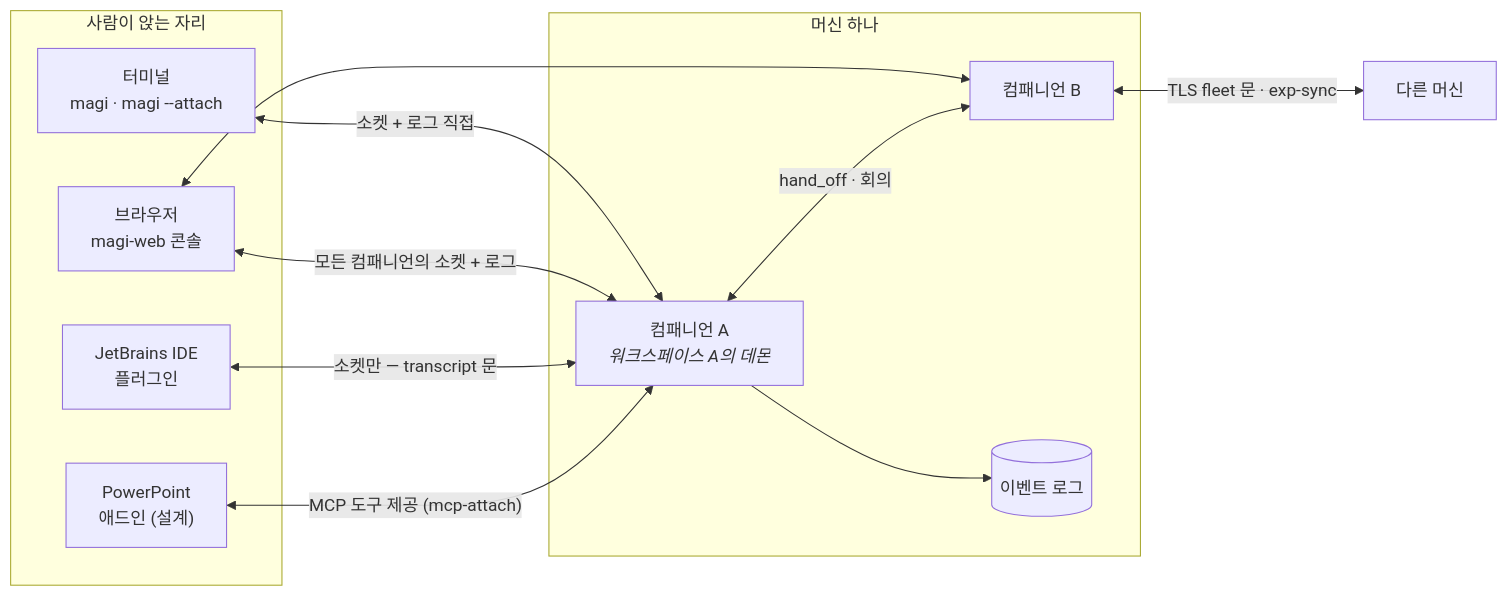
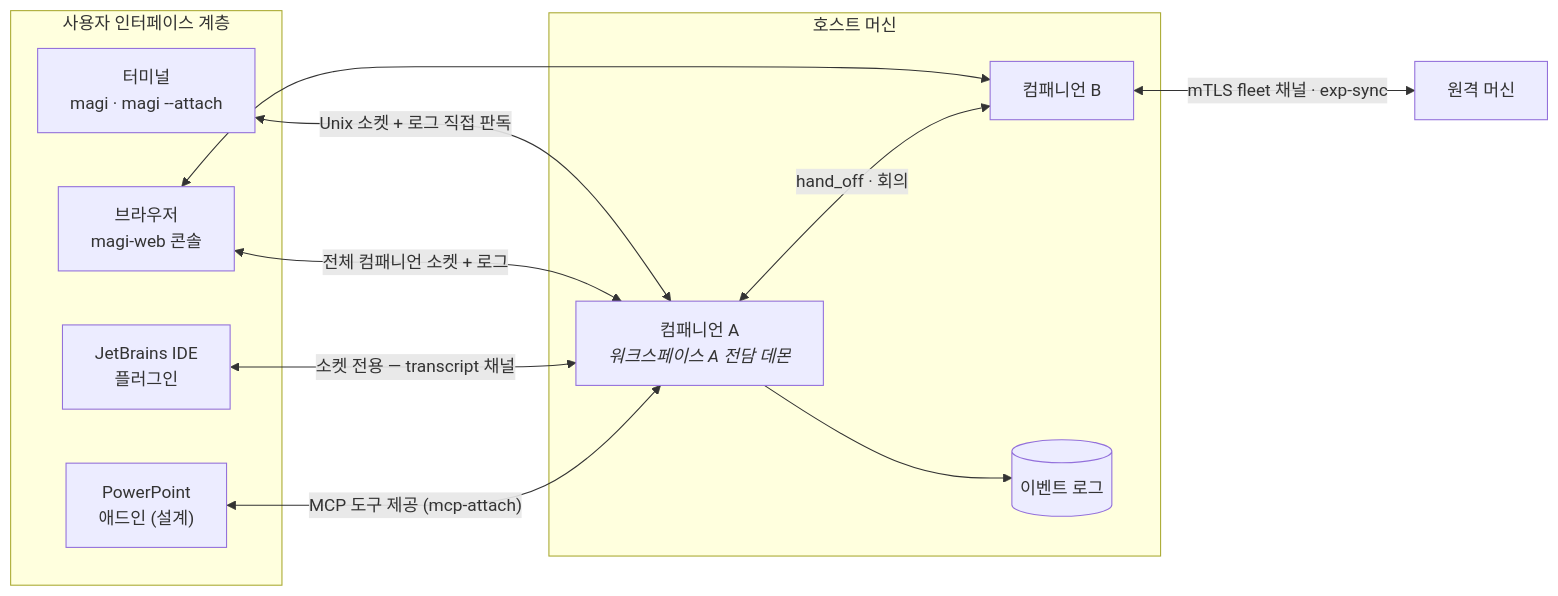
Before and after one commit to sayaya1090/magi: the diagram in docs/CLIENTS.ko.md, drawn with Mermaid. The commit also changed other lines of this file, not shown here.

````diff
--- a/docs/CLIENTS.ko.md
+++ b/docs/CLIENTS.ko.md
@@ -15,22 +11,22 @@
 ```mermaid
 flowchart LR
-    subgraph seats ["사람이 앉는 자리"]
+    subgraph seats ["사용자 인터페이스 계층"]
         T["터미널<br/>magi · magi --attach"]
         W["브라우저<br/>magi-web 콘솔"]
         J["JetBrains IDE<br/>플러그인"]
         P["PowerPoint<br/>애드인 (설계)"]
     end
-    subgraph machine ["머신 하나"]
-        C1["컴패니언 A<br/><i>워크스페이스 A의 데몬</i>"]
+    subgraph machine ["호스트 머신"]
+        C1["컴패니언 A<br/><i>워크스페이스 A 전담 데몬</i>"]
         C2["컴패니언 B"]
         LOG[("이벤트 로그")]
         C1 --> LOG
     end
-    T <-->|"소켓 + 로그 직접"| C1
-    W <-->|"모든 컴패니언의 소켓 + 로그"| C1
+    T <-->|"Unix 소켓 + 로그 직접 판독"| C1
+    W <-->|"전체 컴패니언 소켓 + 로그"| C1
     W <--> C2
-    J <-->|"소켓만 — transcript 문"| C1
+    J <-->|"소켓 전용 — transcript 채널"| C1
     P <-->|"MCP 도구 제공 (mcp-attach)"| C1
     C1 <-->|"hand_off · 회의"| C2
-    C2 <-->|"TLS fleet 문 · exp-sync"| PEER["다른 머신"]
+    C2 <-->|"mTLS fleet 채널 · exp-sync"| PEER["원격 머신"]
 ```
````
